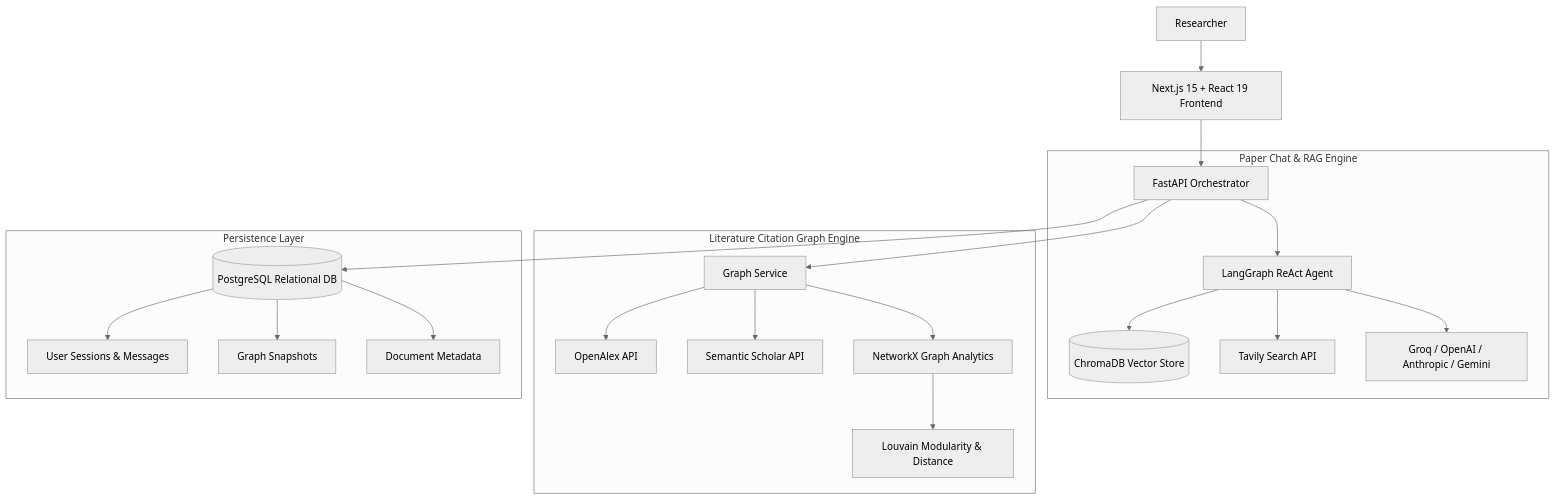
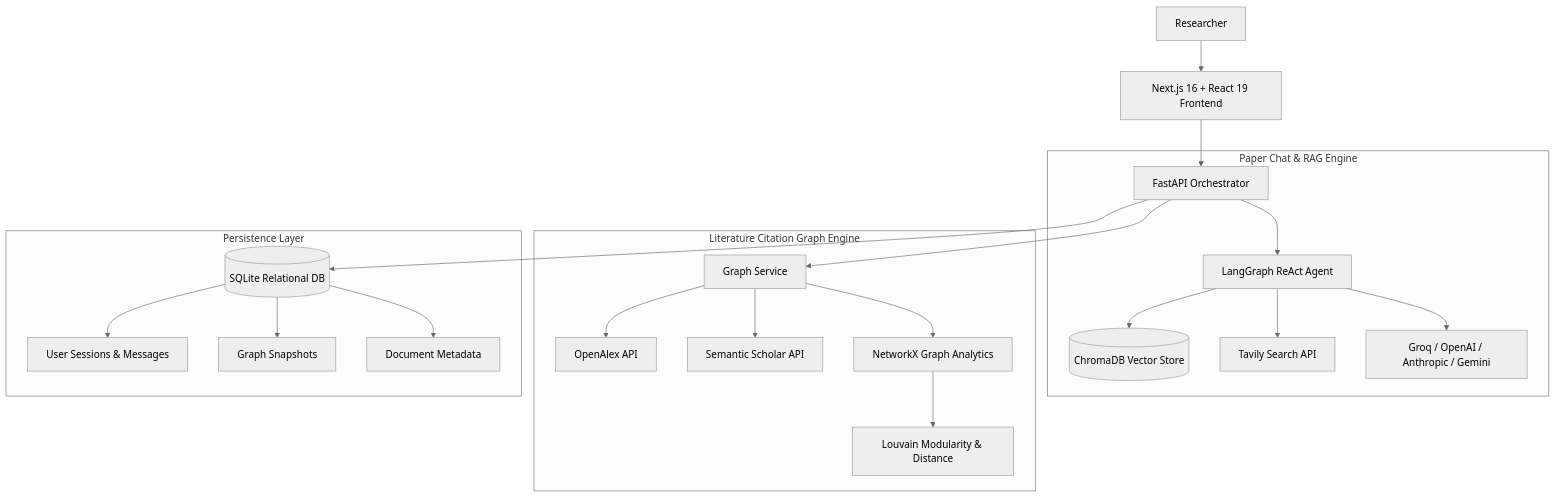
The diagram in PROJECT.md (Shreyas8905/resector), drawn with Mermaid (neutral theme) before and after one commit. The commit also changed other lines of this file and 1 other file, not shown here.

````diff
--- a/PROJECT.md
+++ b/PROJECT.md
@@ -33,27 +61,27 @@
 ```mermaid
 graph TD
-    User[Researcher] --> Frontend[Next.js 15 + React 19 Frontend]
+    User[Researcher] --> Frontend[Next.js 16 + React 19 Frontend]
     Frontend --> API[FastAPI Orchestrator]
     
     subgraph "Paper Chat & RAG Engine"
         API --> RAG[LangGraph ReAct Agent]
         RAG --> ChromaDB[(ChromaDB Vector Store)]
         RAG --> Tavily[Tavily Search API]
         RAG --> LLMs[Groq / OpenAI / Anthropic / Gemini]
     end
 
     subgraph "Literature Citation Graph Engine"
         API --> GraphService[Graph Service]
         GraphService --> OpenAlex[OpenAlex API]
         GraphService --> S2[Semantic Scholar API]
         GraphService --> NetworkX[NetworkX Graph Analytics]
         NetworkX --> Louvain[Louvain Modularity & Distance]
     end
 
     subgraph "Persistence Layer"
-        API --> Postgres[(PostgreSQL Relational DB)]
-        Postgres --> UserSessions[User Sessions & Messages]
-        Postgres --> GraphSnapshots[Graph Snapshots]
-        Postgres --> Documents[Document Metadata]
+        API --> SQLite[(SQLite Relational DB)]
+        SQLite --> UserSessions[User Sessions & Messages]
+        SQLite --> GraphSnapshots[Graph Snapshots]
+        SQLite --> Documents[Document Metadata]
     end
 ```
````
